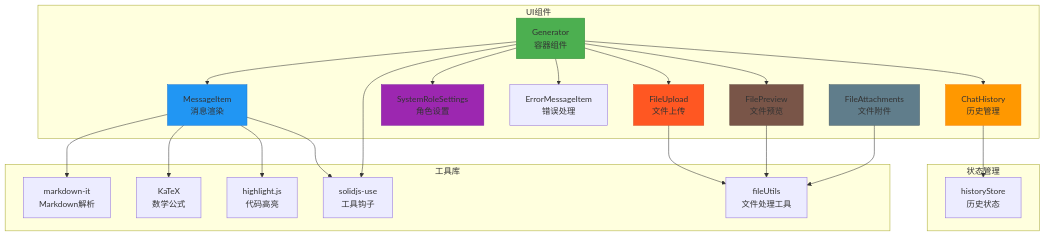
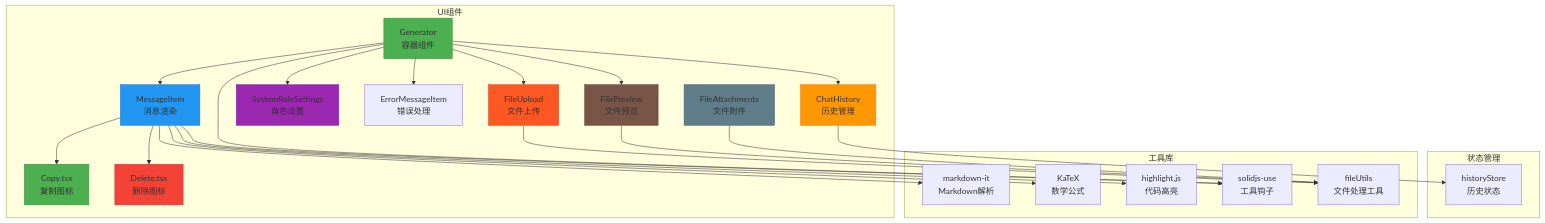
One commit to zfyime/chat-mini changed the eighth of 8 diagrams in .qoder/repowiki/zh/content/组件架构/组件架构.md. Above: the diagram before and after it, drawn with Mermaid. The commit also changed other lines of this file and 10 other files, not shown here.

````diff
--- a/.qoder/repowiki/zh/content/组件架构/组件架构.md
+++ b/.qoder/repowiki/zh/content/组件架构/组件架构.md
@@ -473,45 +487,51 @@
 ```mermaid
 graph TD
 subgraph "UI组件"
 Generator[Generator<br>容器组件]
 MessageItem[MessageItem<br>消息渲染]
 ChatHistory[ChatHistory<br>历史管理]
 SystemRoleSettings[SystemRoleSettings<br>角色设置]
 ErrorMessageItem[ErrorMessageItem<br>错误处理]
 FileUpload[FileUpload<br>文件上传]
 FilePreview[FilePreview<br>文件预览]
 FileAttachments[FileAttachments<br>文件附件]
+CopyIcon[Copy.tsx<br>复制图标]
+DeleteIcon[Delete.tsx<br>删除图标]
 end
 subgraph "状态管理"
 historyStore[historyStore<br>历史状态]
 end
 subgraph "工具库"
 markdownIt[markdown-it<br>Markdown解析]
 katex[KaTeX<br>数学公式]
 highlightjs[highlight.js<br>代码高亮]
 solidjsUse[solidjs-use<br>工具钩子]
 fileUtils[fileUtils<br>文件处理工具]
 end
 Generator --> MessageItem
 Generator --> ChatHistory
 Generator --> SystemRoleSettings
 Generator --> ErrorMessageItem
 Generator --> FileUpload
 Generator --> FilePreview
 ChatHistory --> historyStore
 MessageItem --> markdownIt
 MessageItem --> katex
 MessageItem --> highlightjs
 MessageItem --> solidjsUse
 FileUpload --> fileUtils
 FilePreview --> fileUtils
 FileAttachments --> fileUtils
 Generator --> solidjsUse
+MessageItem --> CopyIcon
+MessageItem --> DeleteIcon
 style Generator fill:#4CAF50,stroke:#388E3C
 style MessageItem fill:#2196F3,stroke:#1976D2
 style ChatHistory fill:#FF9800,stroke:#F57C00
 style SystemRoleSettings fill:#9C27B0,stroke:#7B1FA2
 style FileUpload fill:#FF5722,stroke:#D84315
 style FilePreview fill:#795548,stroke:#5D4037
 style FileAttachments fill:#607D8B,stroke:#455A64
+style CopyIcon fill:#4CAF50,stroke:#388E3C
+style DeleteIcon fill:#F44336,stroke:#D32F2F
 ```
````
